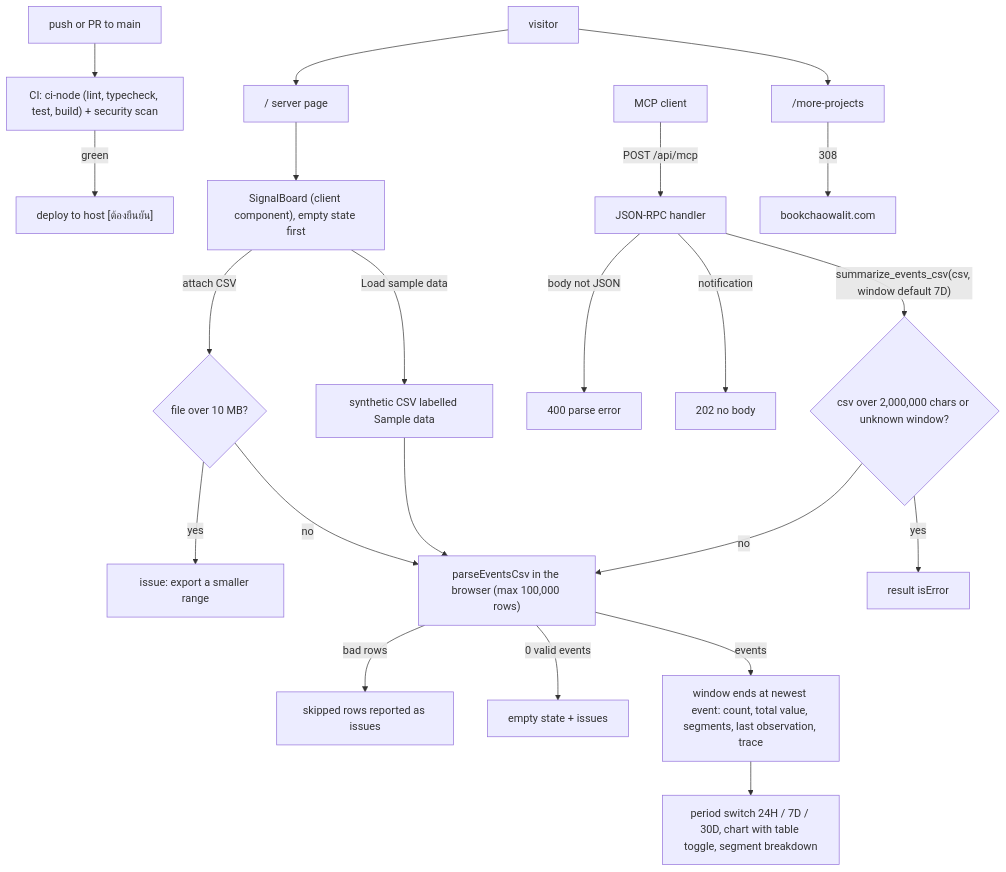
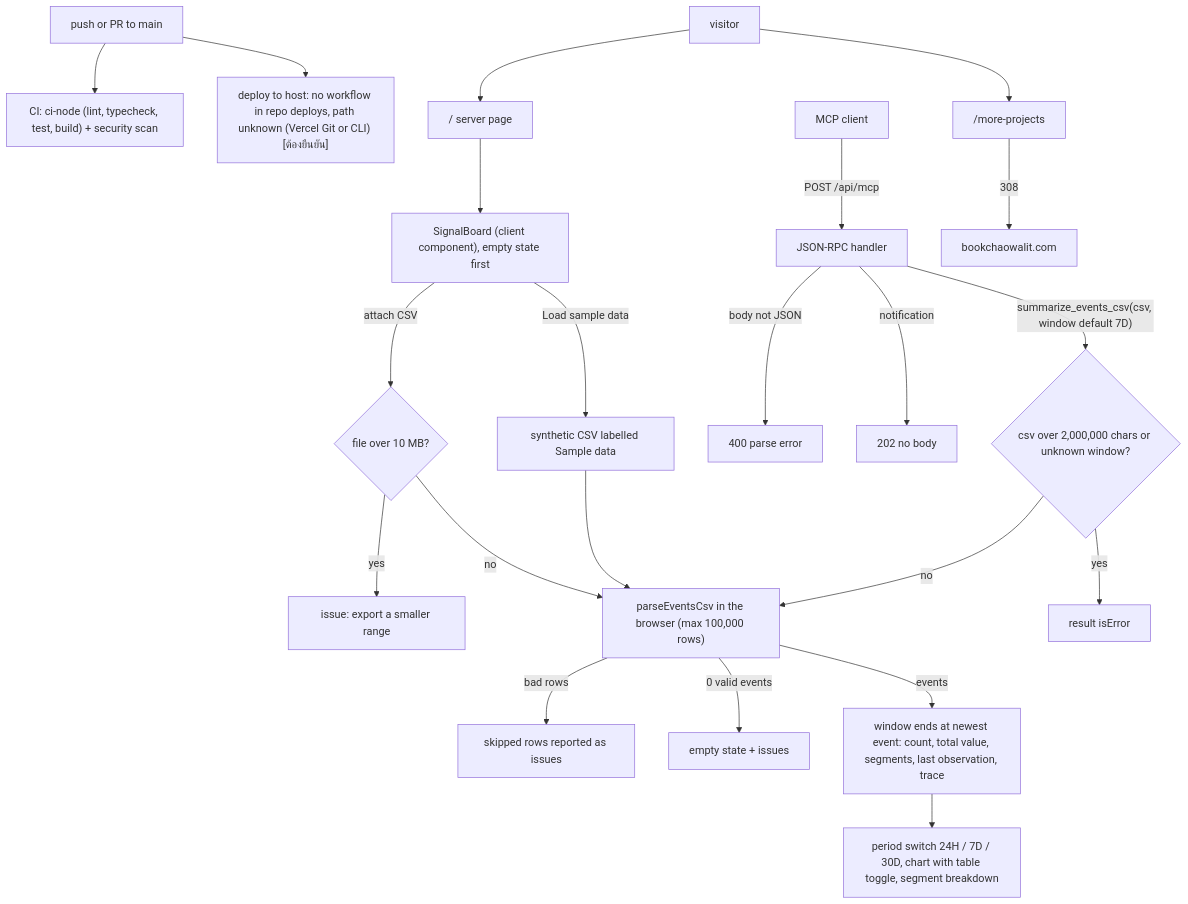
One commit to bookchaowalit-ai/data-analytics-dashboard-web changed the first of 2 diagrams in docs/diagrams/01-business-process.md. Above: the diagram before and after it, drawn with Mermaid.

Commit message:
docs: correct As-Is/To-Be facts from review (01-business-process)

````diff
--- a/docs/diagrams/01-business-process.md
+++ b/docs/diagrams/01-business-process.md
@@ -9,23 +9,23 @@
 ```mermaid
 flowchart TD
   DEV["push or PR to main"] --> CI["CI: ci-node (lint, typecheck, test, build) + security scan"]
-  CI -->|green| DEPLOY["deploy to host [ต้องยืนยัน]"]
+  DEV --> DEPLOY["deploy to host: no workflow in repo deploys, path unknown (Vercel Git or CLI) [ต้องยืนยัน]"]
   VISITOR["visitor"] --> PAGE["/ server page"]
   PAGE --> BOARD["SignalBoard (client component), empty state first"]
   BOARD -->|"attach CSV"| SIZE{"file over 10 MB?"}
   SIZE -->|yes| BIG["issue: export a smaller range"]
   SIZE -->|no| PARSE["parseEventsCsv in the browser (max 100,000 rows)"]
   BOARD -->|"Load sample data"| SAMPLE["synthetic CSV labelled Sample data"]
   SAMPLE --> PARSE
   PARSE -->|"bad rows"| ISSUES["skipped rows reported as issues"]
   PARSE -->|"0 valid events"| EMPTY["empty state + issues"]
   PARSE -->|"events"| SUMMARY["window ends at newest event: count, total value, segments, last observation, trace"]
   SUMMARY --> VIEW["period switch 24H / 7D / 30D, chart with table toggle, segment breakdown"]
   AGENT["MCP client"] -->|"POST /api/mcp"| RPC["JSON-RPC handler"]
   RPC -->|"body not JSON"| E400["400 parse error"]
   RPC -->|"notification"| R202["202 no body"]
   RPC -->|"summarize_events_csv(csv, window default 7D)"| TOOL{"csv over 2,000,000 chars or unknown window?"}
   TOOL -->|yes| TERR["result isError"]
   TOOL -->|no| PARSE
   VISITOR --> OLD["/more-projects"] -->|"308"| HUB["bookchaowalit.com"]
 ```
````
